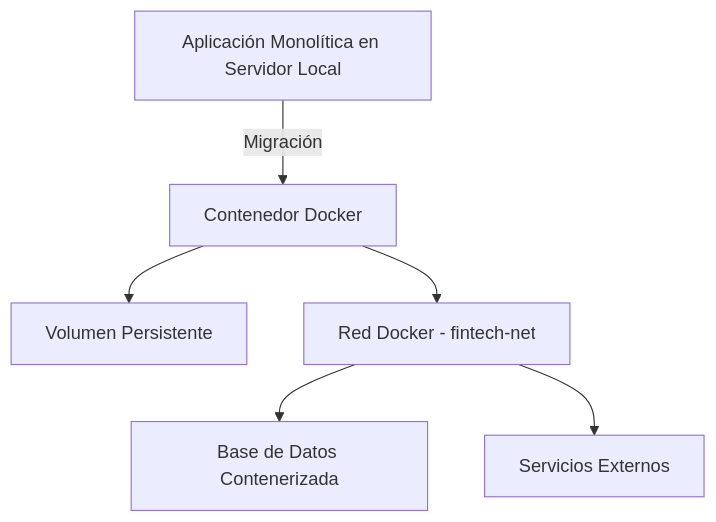
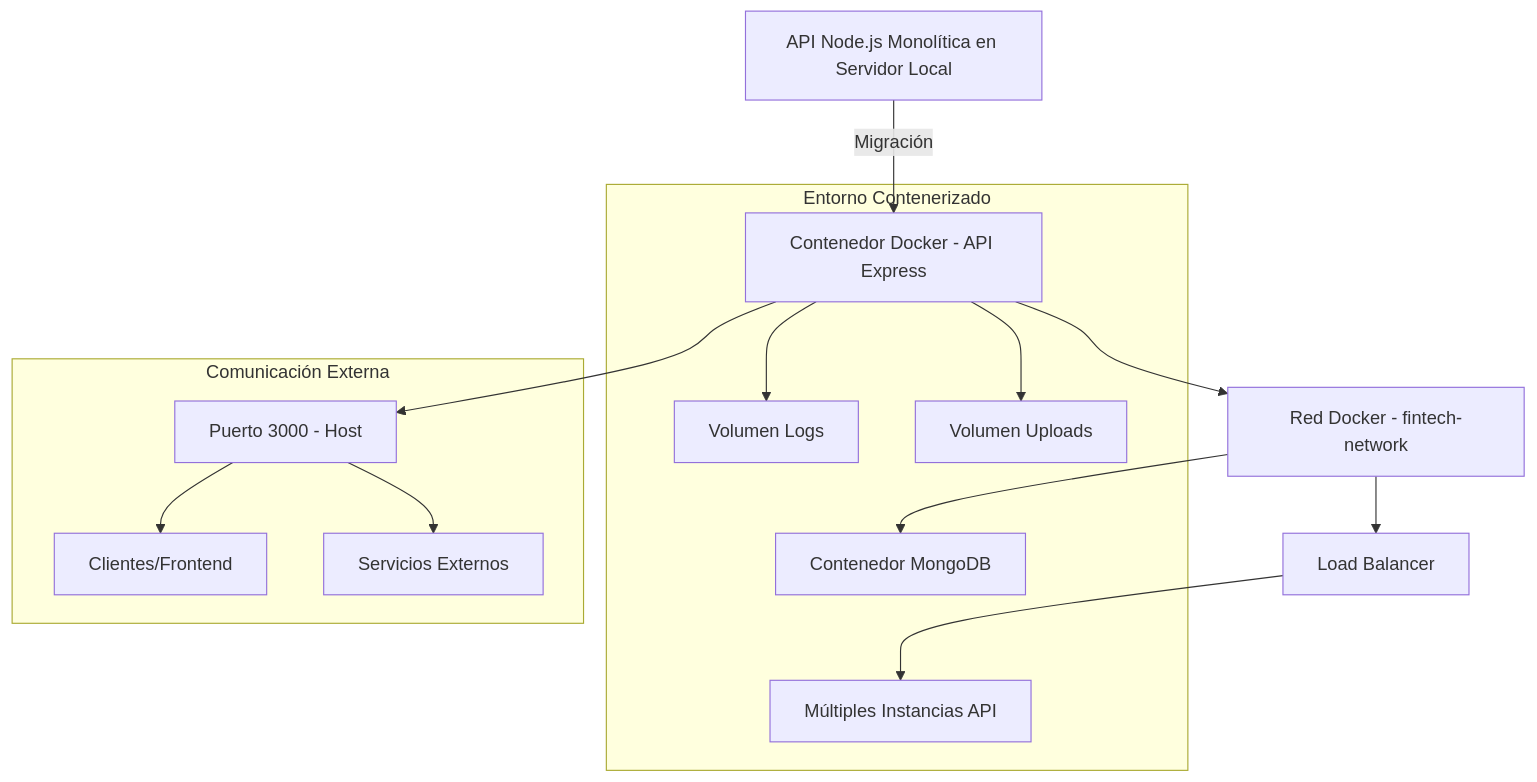
The diagram in M6/M6-L4-3-Caso_Implementación_mediante_contenedores_de_aplicación.md (TheNefelin/TalentoDigital_CloudArchitecture_2025), drawn with Mermaid before and after one commit. The commit also changed other lines of this file and 2 other files, not shown here.

````diff
--- a/M6/M6-L4-3-Caso_Implementación_mediante_contenedores_de_aplicación.md
+++ b/M6/M6-L4-3-Caso_Implementación_mediante_contenedores_de_aplicación.md
@@ -142,8 +211,24 @@
 ``` mermaid
 flowchart TD
-    A[Aplicación Monolítica en Servidor Local] -->|Migración| B[Contenedor Docker]
-    B --> C[Volumen Persistente]
-    B --> D[Red Docker - fintech-net]
-    D --> E[Base de Datos Contenerizada]
-    D --> F[Servicios Externos]
+    A[API Node.js Monolítica en Servidor Local] -->|Migración| B[Contenedor Docker - API Express]
+    B --> C[Volumen Logs]
+    B --> D[Volumen Uploads]
+    B --> E[Red Docker - fintech-network]
+    E --> F[Contenedor MongoDB]
+    E --> G[Load Balancer]
+    G --> H[Múltiples Instancias API]
+    B --> I[Puerto 3000 - Host]
+    
+    subgraph "Entorno Contenerizado"
+        B
+        C
+        D
+        F
+        H
+    end
+    
+    subgraph "Comunicación Externa"
+        I --> J[Clientes/Frontend]
+        I --> K[Servicios Externos]
+    end
 ```
````
